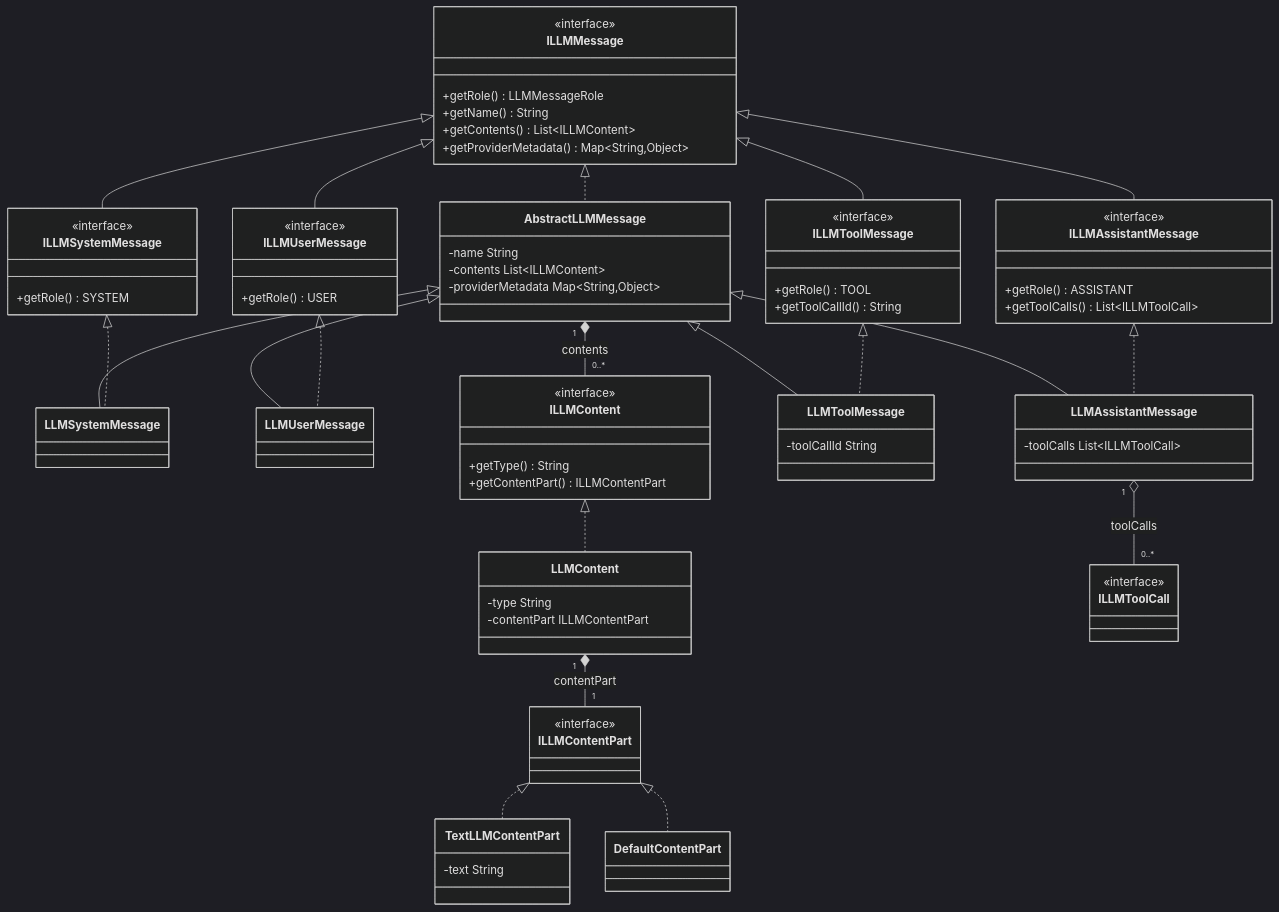
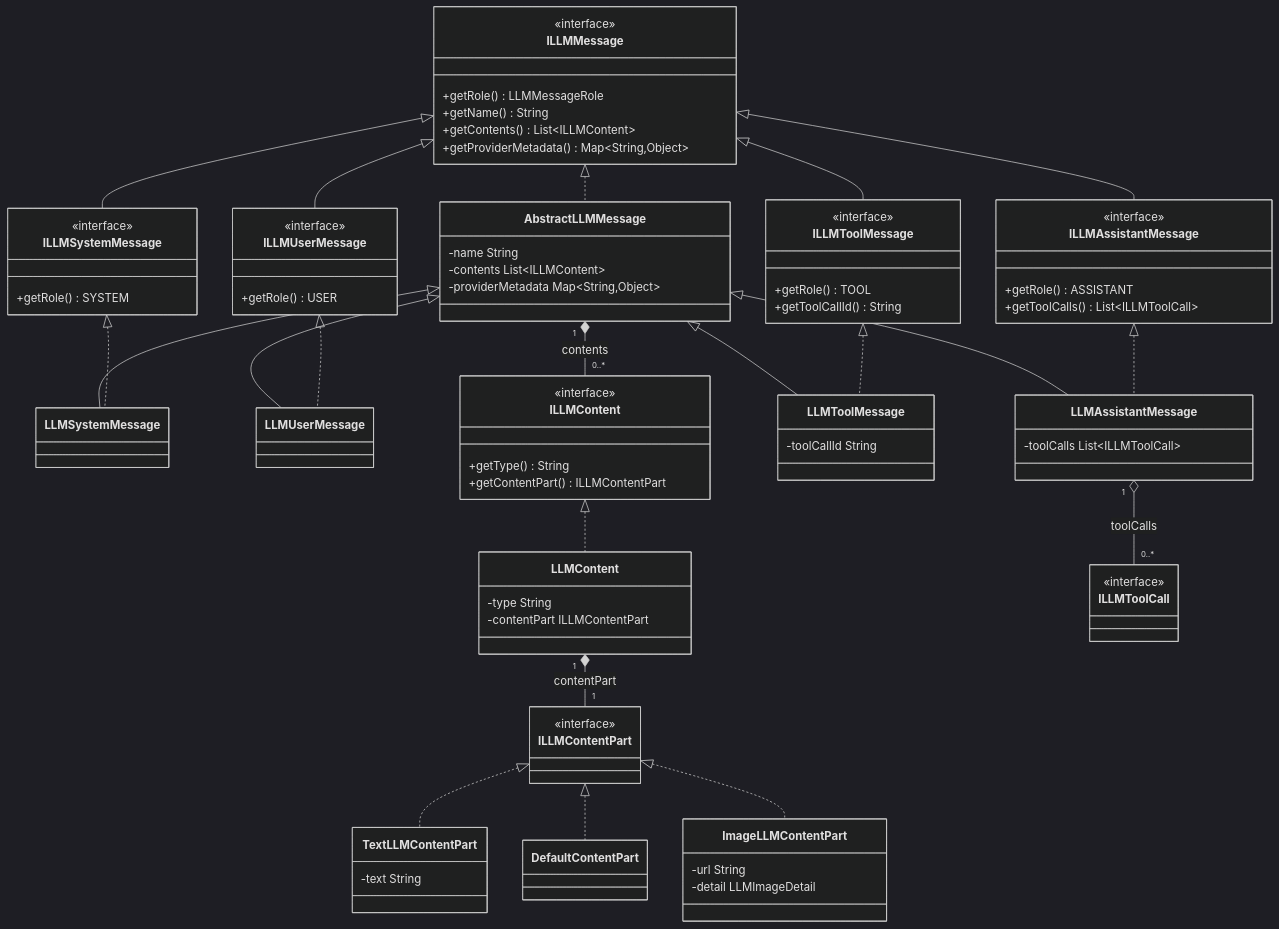
Before and after one commit to Tea-Neko-Party/TeaNeko-App: the first of 3 diagrams in src/main/java/org/zexnocs/teanekoagent/llm/framework/message/README.md, drawn with Mermaid (dark theme). The commit also changed other lines of this file and 289 other files, not shown here.

````diff
--- a/src/main/java/org/zexnocs/teanekoagent/llm/framework/message/README.md
+++ b/src/main/java/org/zexnocs/teanekoagent/llm/framework/message/README.md
@@ -77,6 +77,10 @@
         -text String
     }
     class DefaultContentPart
+    class ImageLLMContentPart {
+        -url String
+        -detail LLMImageDetail
+    }
     class ILLMToolCall {
         <<interface>>
     }
@@ -101,5 +105,6 @@
     LLMContent "1" *-- "1" ILLMContentPart : contentPart
     ILLMContentPart <|.. TextLLMContentPart
     ILLMContentPart <|.. DefaultContentPart
+    ILLMContentPart <|.. ImageLLMContentPart
     LLMAssistantMessage "1" o-- "0..*" ILLMToolCall : toolCalls
 ```
````
